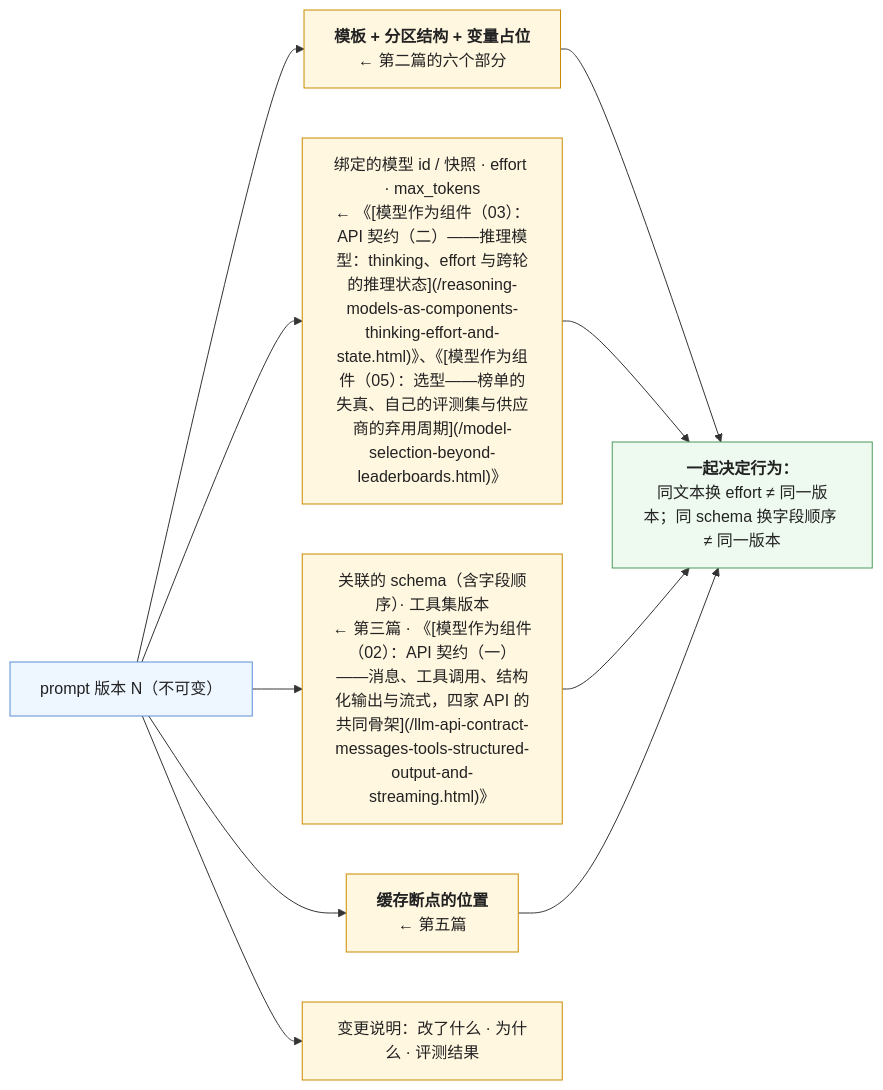
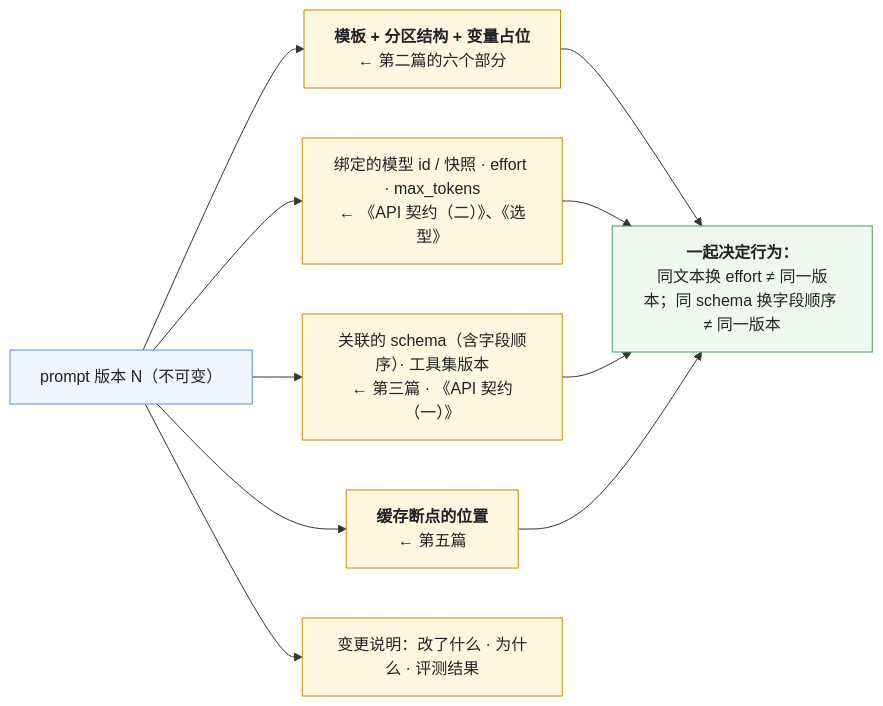
Before and after one commit to arganzheng/arganzheng.github.com: the third of 6 diagrams in _posts/2026-10-11-prompts-as-code-versioning-evals-and-context-vs-retrieval.md, drawn with Mermaid. The commit also changed 55 other files, not shown here.

First line of the commit message:
坐标 261 处改成文章标题，修 Mermaid 标签里显示源码的 bug

````diff
--- a/_posts/2026-10-11-prompts-as-code-versioning-evals-and-context-vs-retrieval.md
+++ b/_posts/2026-10-11-prompts-as-code-versioning-evals-and-context-vs-retrieval.md
@@ -103,17 +103,17 @@
 ```mermaid
 %% 图：一个 prompt 版本工件里有什么，各来自前面哪一篇——模板与分区（第二篇的模式）、绑定的模型快照与 effort（L1）、schema 与字段顺序（第三篇）、工具集版本、缓存断点位置（第五篇）、变更说明与评测结果；它们一起决定行为，所以一起版本化
 flowchart LR
     W["prompt 版本 N（不可变）"]
     W --> T["<b>模板 + 分区结构 + 变量占位</b><br/>← 第二篇的六个部分"]
-    W --> M["绑定的模型 id / 快照 · effort · max_tokens<br/>← 《[模型作为组件（03）：API 契约（二）——推理模型：thinking、effort 与跨轮的推理状态](/reasoning-models-as-components-thinking-effort-and-state.html)》、《[模型作为组件（05）：选型——榜单的失真、自己的评测集与供应商的弃用周期](/model-selection-beyond-leaderboards.html)》"]
-    W --> S["关联的 schema（含字段顺序）· 工具集版本<br/>← 第三篇 · 《[模型作为组件（02）：API 契约（一）——消息、工具调用、结构化输出与流式，四家 API 的共同骨架](/llm-api-contract-messages-tools-structured-output-and-streaming.html)》"]
+    W --> M["绑定的模型 id / 快照 · effort · max_tokens<br/>← 《API 契约（二）》、《选型》"]
+    W --> S["关联的 schema（含字段顺序）· 工具集版本<br/>← 第三篇 · 《API 契约（一）》"]
     W --> C["<b>缓存断点的位置</b><br/>← 第五篇"]
     W --> N["变更说明：改了什么 · 为什么 · 评测结果"]
     T & M & S & C --> B["<b>一起决定行为：</b><br/>同文本换 effort ≠ 同一版本；同 schema 换字段顺序 ≠ 同一版本"]
     classDef root fill:#eef6ff,stroke:#5b8fd6,color:#222
     classDef part fill:#fff7e0,stroke:#c98a00,color:#222
     classDef n fill:#eefaf0,stroke:#4d9a5c,color:#222
     class W root
     class T,M,S,C,N part
     class B n
 ```
````
